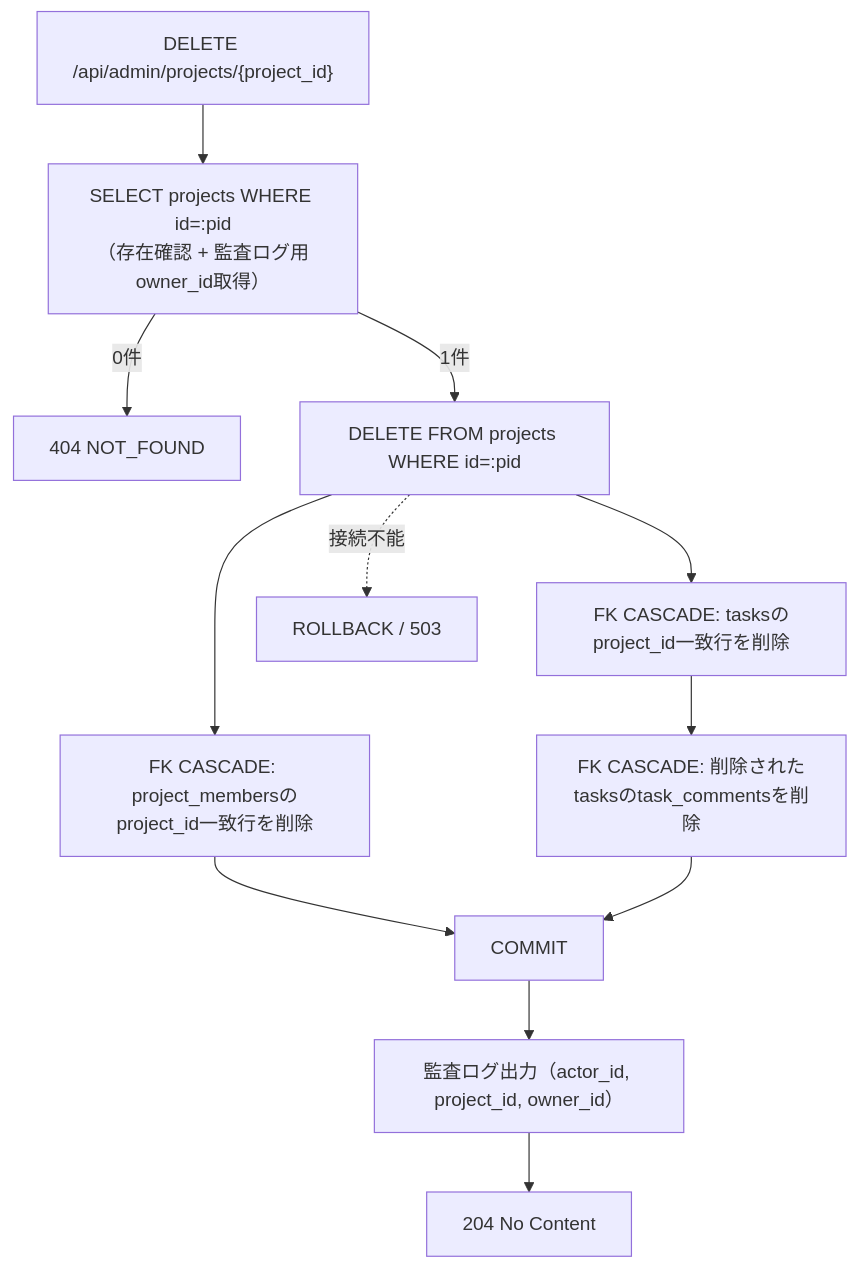
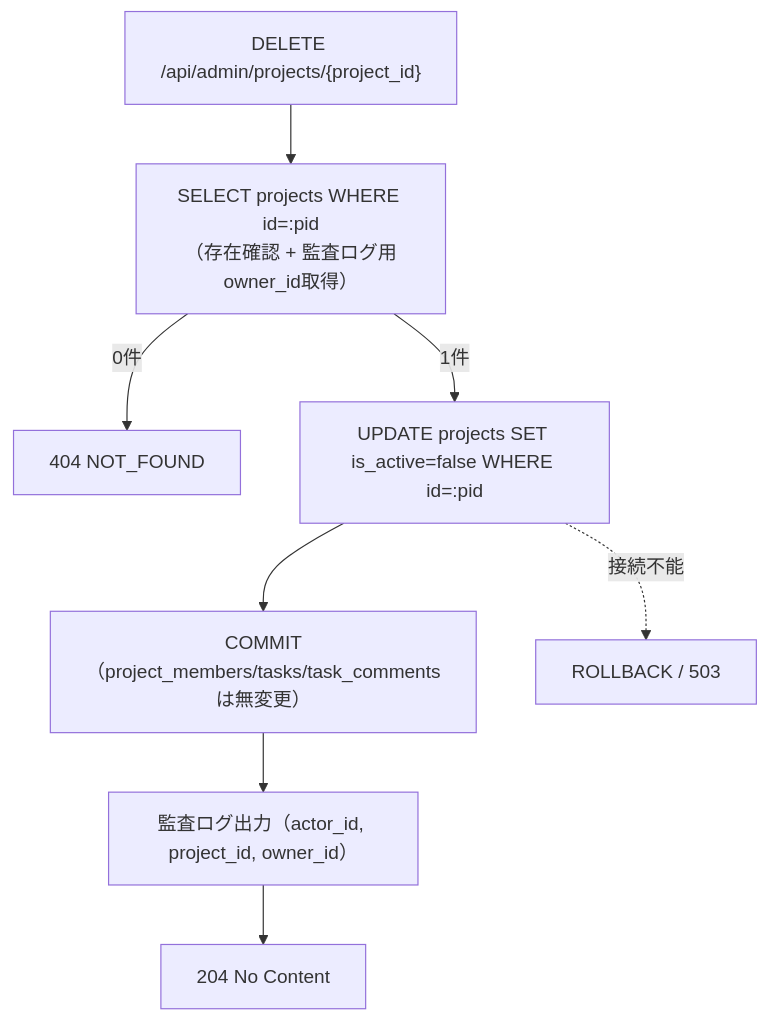
Before and after one commit to oikawa-d/task_management: the fourth of 4 diagrams in detailed_design/api/admin/06_delete_admin_project.md, drawn with Mermaid. The commit also changed other lines of this file and 25 other files, not shown here.

````diff
--- a/detailed_design/api/admin/06_delete_admin_project.md
+++ b/detailed_design/api/admin/06_delete_admin_project.md
@@ -184,14 +185,10 @@
 ```mermaid
 flowchart TB
     A["DELETE /api/admin/projects/{project_id}"] --> B["SELECT projects WHERE id=:pid<br/>（存在確認 + 監査ログ用owner_id取得）"]
     B -->|"0件"| Z["404 NOT_FOUND"]
-    B -->|"1件"| C["DELETE FROM projects WHERE id=:pid"]
-    C --> D["FK CASCADE: project_membersのproject_id一致行を削除"]
-    C --> E["FK CASCADE: tasksのproject_id一致行を削除"]
-    E --> F["FK CASCADE: 削除されたtasksのtask_commentsを削除"]
-    D --> G["COMMIT"]
-    F --> G
+    B -->|"1件"| C["UPDATE projects SET is_active=false WHERE id=:pid"]
+    C --> G["COMMIT（project_members/tasks/task_commentsは無変更）"]
     G --> H["監査ログ出力（actor_id, project_id, owner_id）"]
     H --> I["204 No Content"]
     C -.->|"接続不能"| J["ROLLBACK / 503"]
 ```
````
